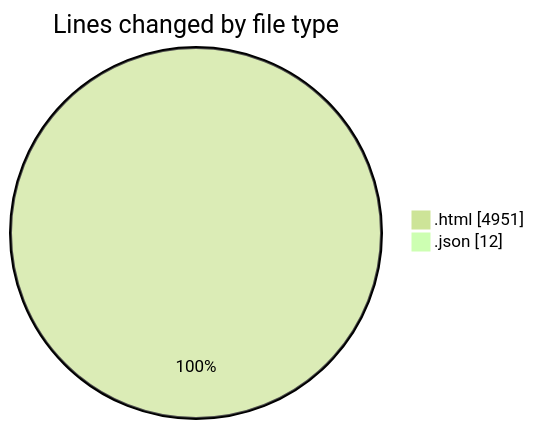
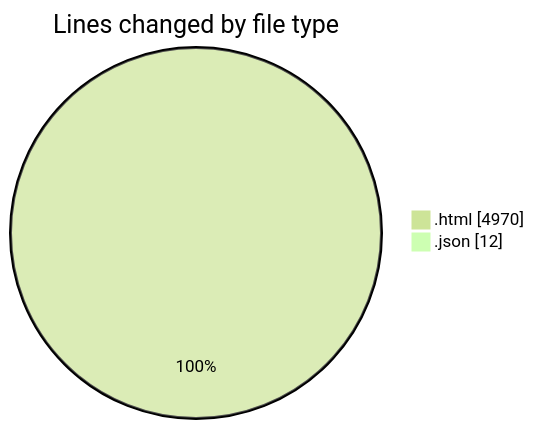
One commit to momahboobian/code-tracking changed the first of 2 diagrams in 2026-05-21/pdf_invoice/README.md. Above: the diagram before and after it, drawn with Mermaid (forest theme). The commit also changed other lines of this file and 1 other file, not shown here.

````diff
--- a/2026-05-21/pdf_invoice/README.md
+++ b/2026-05-21/pdf_invoice/README.md
@@ -26,6 +26,6 @@
 ```mermaid
 pie showData
 title Lines changed by file type
-".html" : 4951
+".html" : 4970
 ".json" : 12
 ```
````
